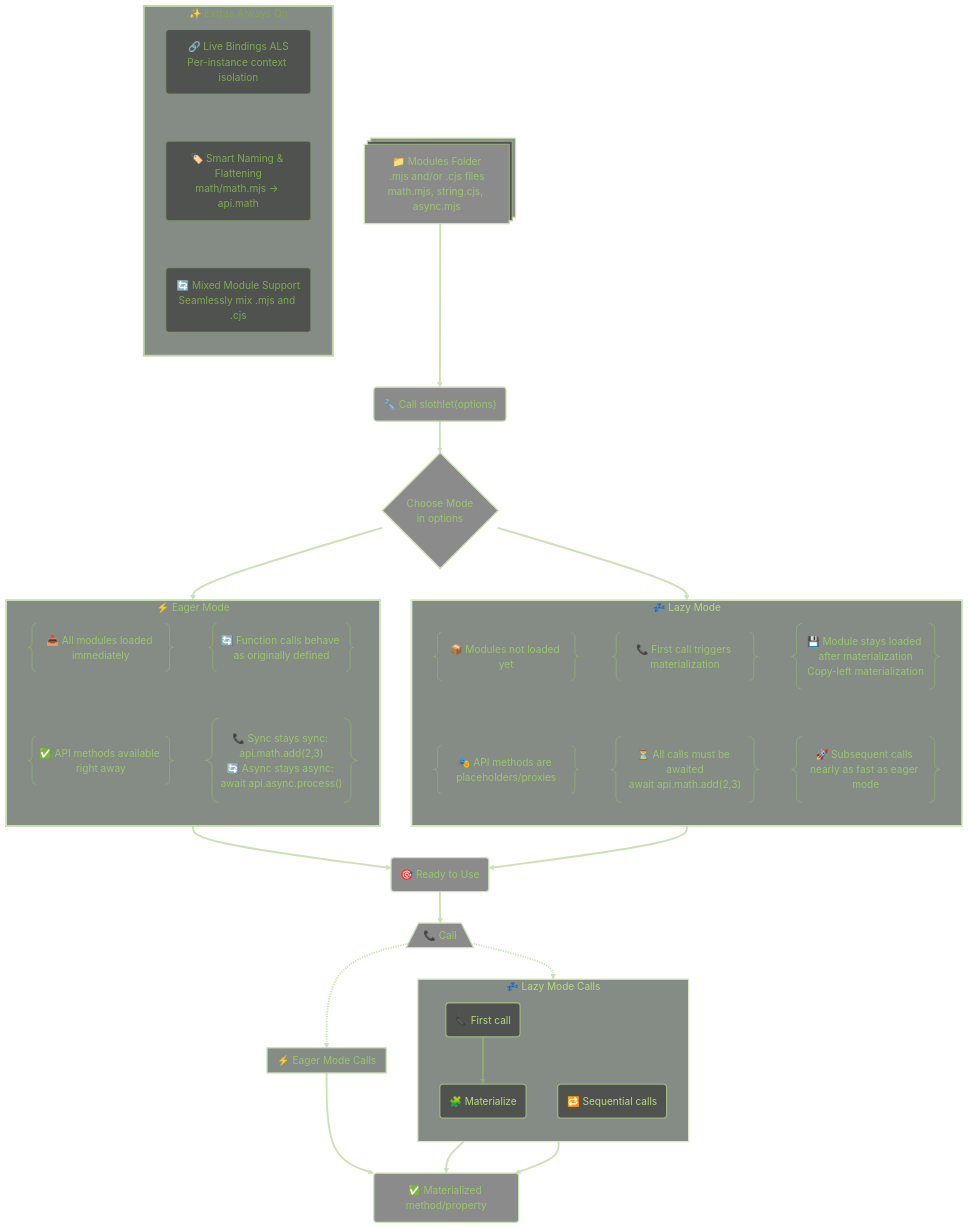
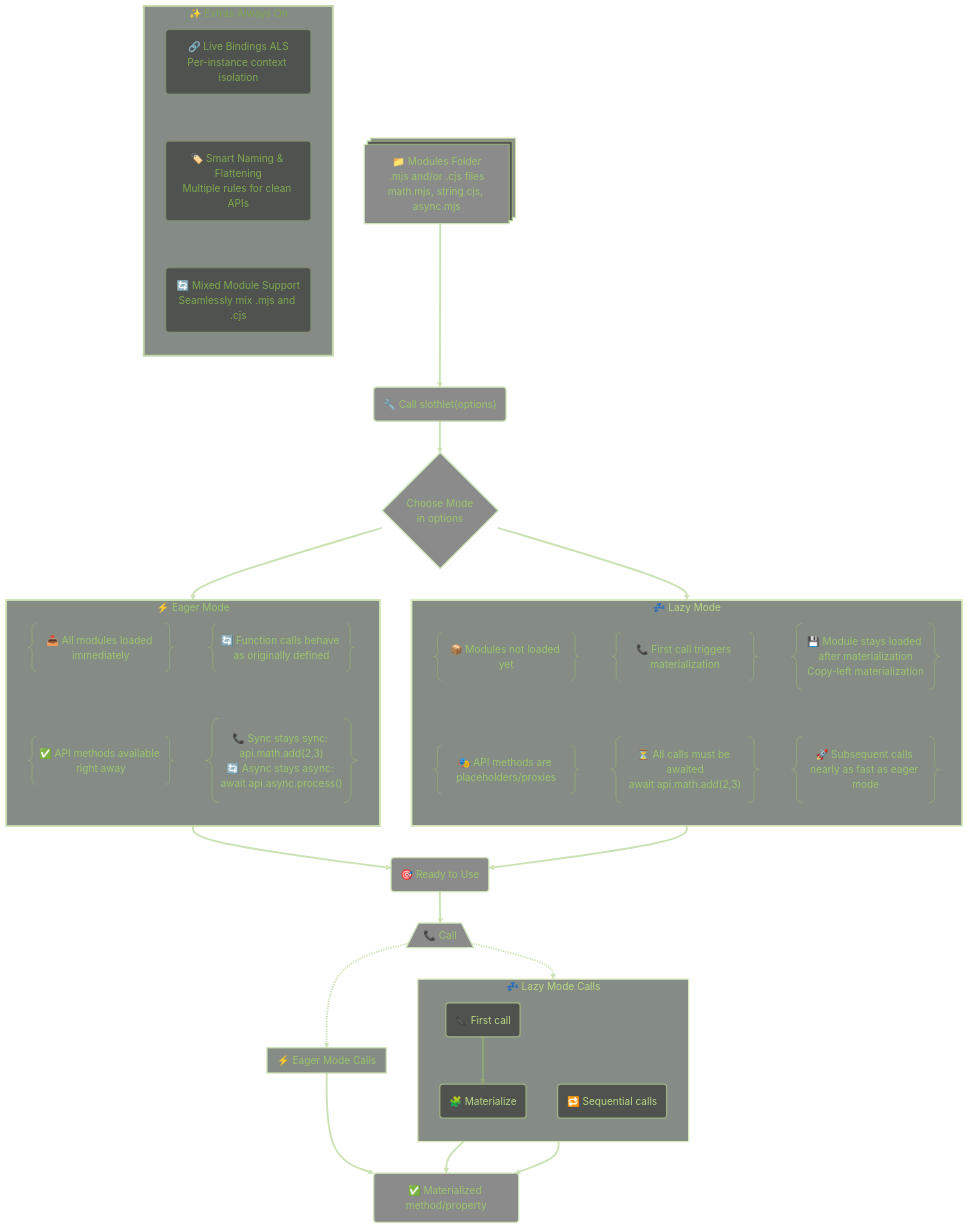
Before and after one commit to CLDMV/slothlet: the second of 2 diagrams in README.md, drawn with Mermaid. The commit also changed other lines of this file and 169 other files, not shown here.

```diff
--- a/README.md
+++ b/README.md
@@ -764,7 +885,7 @@
         ALWAYS1 ~~~ ALWAYS2
 
 		ALWAYS0@{ shape: rounded, label: "🔗 Live Bindings ALS<br/>Per-instance context isolation" }
-		ALWAYS1@{ shape: rounded, label: "🏷️ Smart Naming & Flattening<br/>math/math.mjs → api.math" }
+		ALWAYS1@{ shape: rounded, label: "🏷️ Smart Naming & Flattening<br/>Multiple rules for clean APIs" }
 		ALWAYS2@{ shape: rounded, label: "🔄 Mixed Module Support<br/>Seamlessly mix .mjs and .cjs" }
     end
 
```
